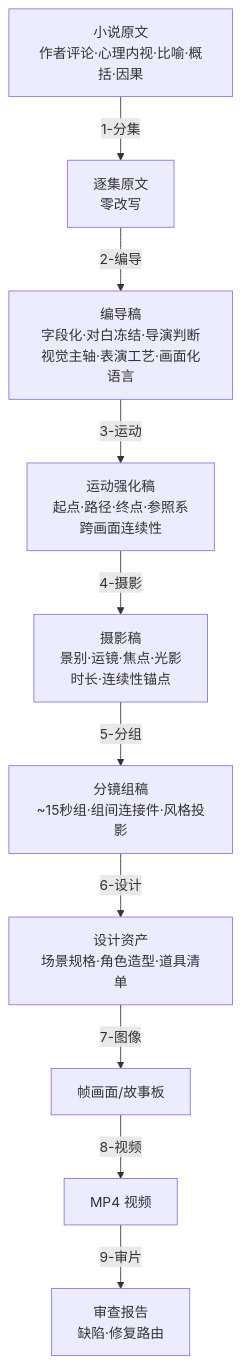
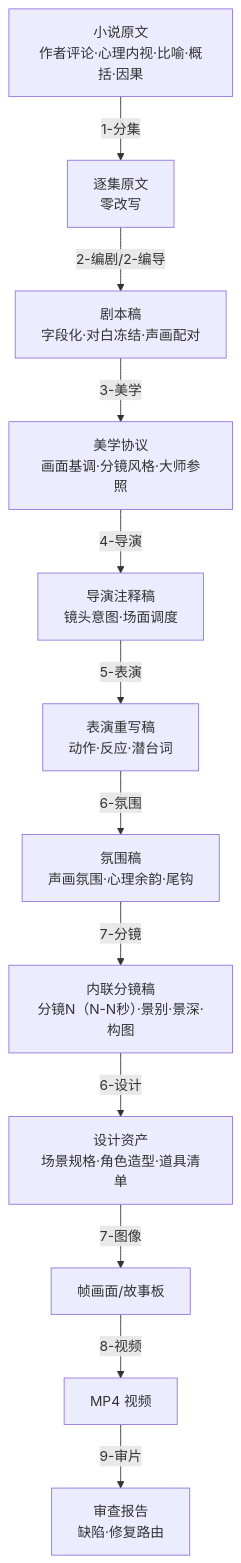
Before and after one commit to ZEN-VOID/AI-CUT: the second of 2 diagrams in .agents/skills/aigc/CONTEXT.md, drawn with Mermaid. The commit also changed other lines of this file and 181 other files, not shown here.

````diff
--- a/.agents/skills/aigc/CONTEXT.md
+++ b/.agents/skills/aigc/CONTEXT.md
@@ -98,12 +107,14 @@
 ```mermaid
 flowchart TD
     N["小说原文<br/>作者评论·心理内视·比喻·概括·因果"] -->|"1-分集"| A["逐集原文<br/>零改写"]
-    A -->|"2-编导"| B["编导稿<br/>字段化·对白冻结·导演判断<br/>视觉主轴·表演工艺·画面化语言"]
-    B -->|"3-运动"| C["运动强化稿<br/>起点·路径·终点·参照系<br/>跨画面连续性"]
-    C -->|"4-摄影"| E["摄影稿<br/>景别·运镜·焦点·光影<br/>时长·连续性锚点"]
-    E -->|"5-分组"| F["分镜组稿<br/>~15秒组·组间连接件·风格投影"]
-    F -->|"6-设计"| G["设计资产<br/>场景规格·角色造型·道具清单"]
+    A -->|"2-编剧/2-编导"| B["剧本稿<br/>字段化·对白冻结·声画配对"]
+    B -->|"3-美学"| C["美学协议<br/>画面基调·分镜风格·大师参照"]
+    C -->|"4-导演"| D["导演注释稿<br/>镜头意图·场面调度"]
+    D -->|"5-表演"| E["表演重写稿<br/>动作·反应·潜台词"]
+    E -->|"6-氛围"| F["氛围稿<br/>声画氛围·心理余韵·尾钩"]
+    F -->|"7-分镜"| K["内联分镜稿<br/>分镜N（N-N秒）·景别·景深·构图"]
+    K -->|"6-设计"| G["设计资产<br/>场景规格·角色造型·道具清单"]
     G -->|"7-图像"| H["帧画面/故事板"]
     H -->|"8-视频"| I["MP4 视频"]
     I -->|"9-审片"| J["审查报告<br/>缺陷·修复路由"]
 ```
````
